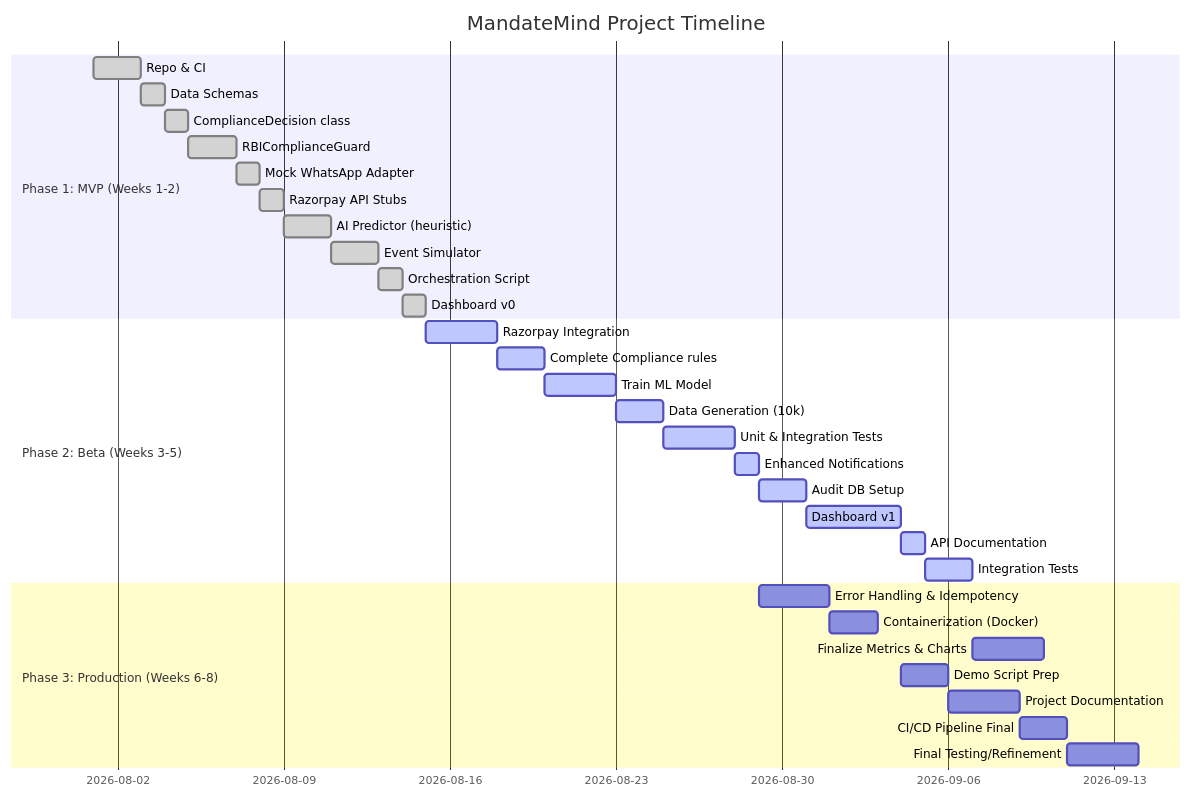
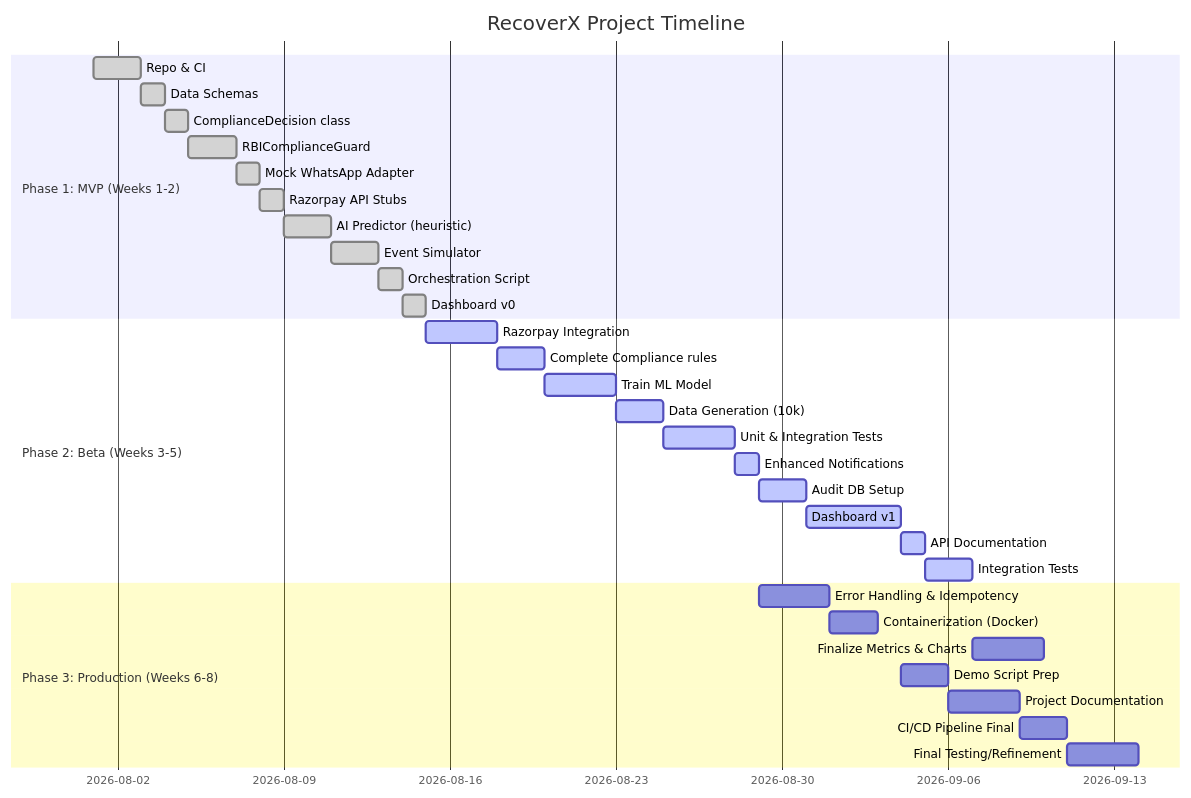
The second of 2 diagrams in report.md (Bala-Mosay/RecoverX), drawn with Mermaid before and after one commit. The commit also changed other lines of this file and 14 other files, not shown here.

First line of the commit message:
rename: MandateMind/PayShield AI -> RecoverX across entire project

````diff
--- a/report.md
+++ b/report.md
@@ -419,37 +419,37 @@
 ```mermaid
 gantt
-title MandateMind Project Timeline
+title RecoverX Project Timeline
 dateFormat  YYYY-MM-DD
 section Phase 1: MVP (Weeks 1-2)
 Repo & CI               :done,    des1, 2026-08-01, 2d
 Data Schemas            :done,    des2, after des1, 1d
 ComplianceDecision class:done,    des3, after des2, 1d
 RBIComplianceGuard      :done,    des4, after des3, 2d
 Mock WhatsApp Adapter   :done,    des5, after des4, 1d
 Razorpay API Stubs      :done,    des6, after des5, 1d
 AI Predictor (heuristic):done,    des7, after des6, 2d
 Event Simulator         :done,    des8, after des7, 2d
 Orchestration Script    :done,    des9, after des8, 1d
 Dashboard v0            :done,    des10, after des9, 1d
 
 section Phase 2: Beta (Weeks 3-5)
 Razorpay Integration    :active,  des11, 2026-08-15, 3d
 Complete Compliance rules:active, des12, after des11, 2d
 Train ML Model          :active,  des13, after des12, 3d
 Data Generation (10k)   :active,  des14, after des13, 2d
 Unit & Integration Tests:active,  des15, after des14, 3d
 Enhanced Notifications  :active,  des16, after des15, 1d
 Audit DB Setup          :active,  des17, after des16, 2d
 Dashboard v1            :active,  des18, after des17, 4d
 API Documentation       :active,  des19, after des18, 1d
 Integration Tests       :active,  des20, after des19, 2d
 
 section Phase 3: Production (Weeks 6-8)
 Error Handling & Idempotency: 2026-08-29, 3d
 Containerization (Docker): 2026-09-01, 2d
 Finalize Metrics & Charts: after des20, 3d
 Demo Script Prep        : 2026-09-04, 2d
 Project Documentation   : 2026-09-06, 3d
 CI/CD Pipeline Final    : 2026-09-09, 2d
 Final Testing/Refinement: 2026-09-11, 3d
 ```
````
